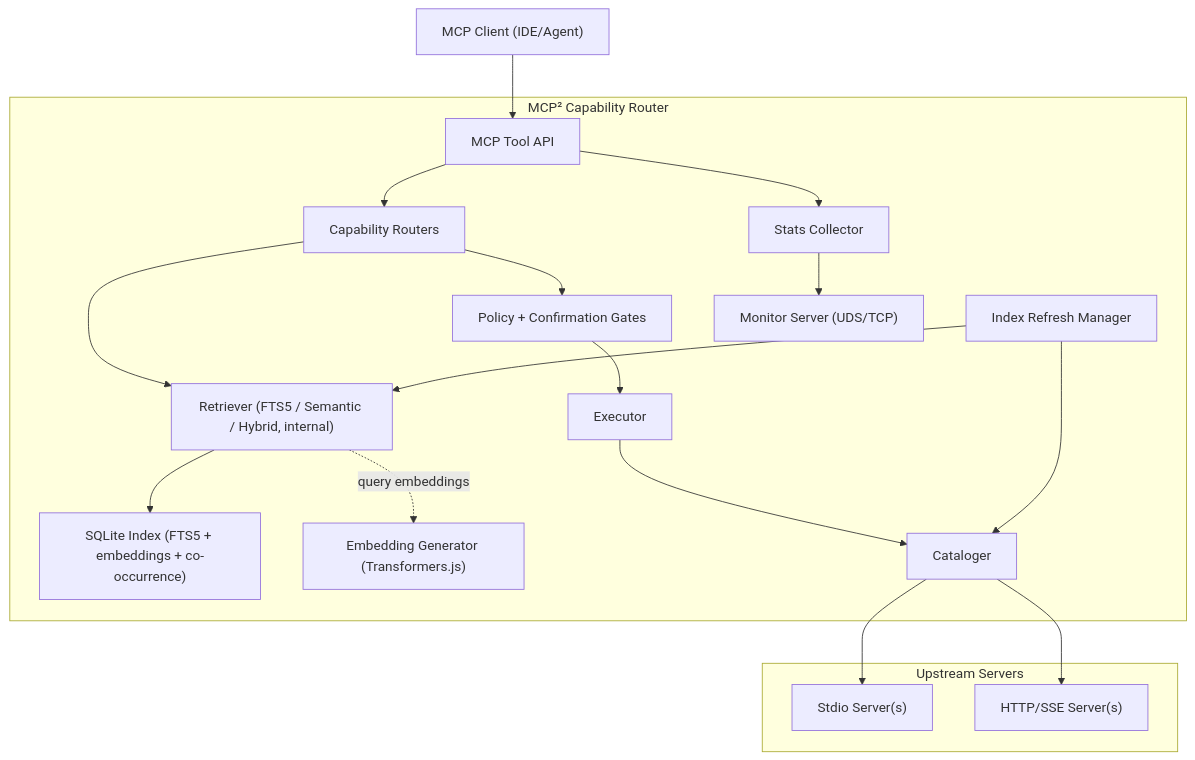
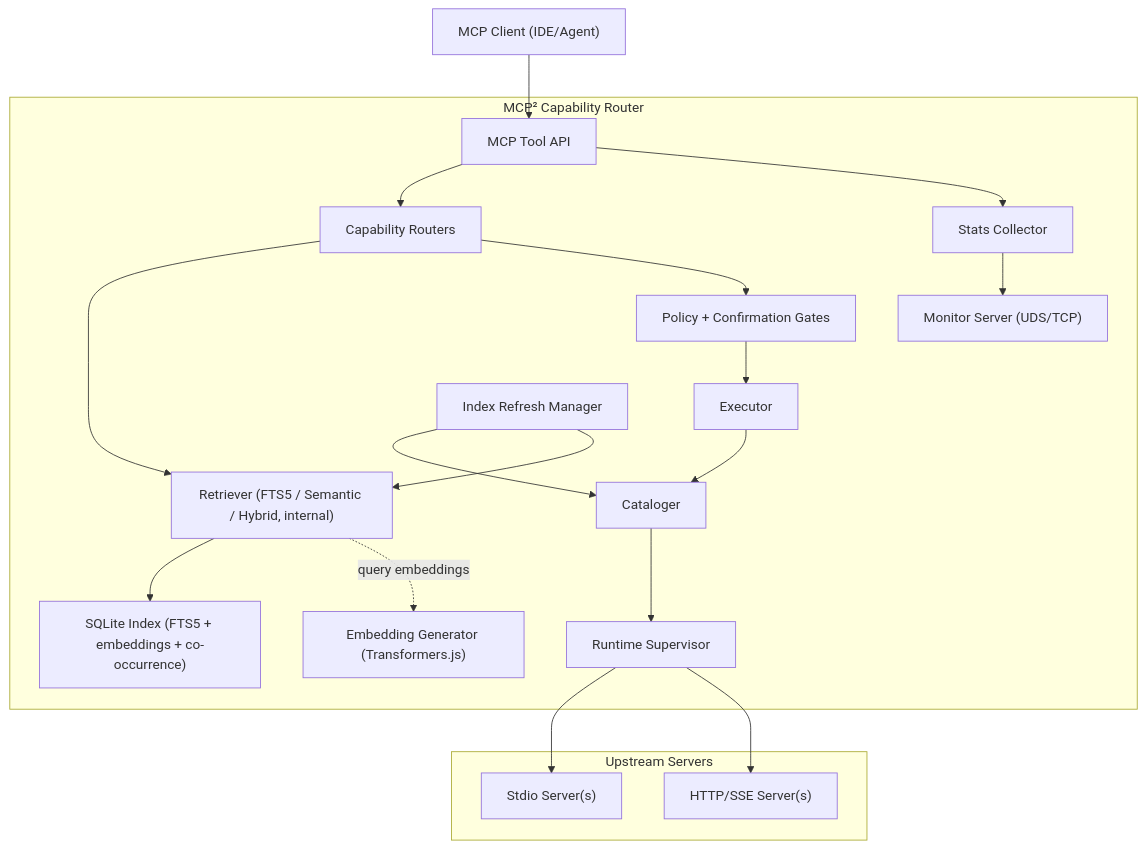
Before and after one commit to aditzel/mcp-squared: the diagram in docs/ARCHITECTURE.md, drawn with Mermaid. The commit also changed other lines of this file and 14 other files, not shown here.

Commit message:
feat: add 0.9 runtime supervisor foundation

````diff
--- a/docs/ARCHITECTURE.md
+++ b/docs/ARCHITECTURE.md
@@ -5,38 +5,40 @@
 ```mermaid
 graph TD
     Client["MCP Client (IDE/Agent)"]
 
     subgraph "MCP² Capability Router"
         API["MCP Tool API"]
         Security["Policy + Confirmation Gates"]
         Router["Capability Routers"]
         Retriever["Retriever (FTS5 / Semantic / Hybrid, internal)"]
         Index["SQLite Index (FTS5 + embeddings + co-occurrence)"]
         Embeddings["Embedding Generator (Transformers.js)"]
         Executor["Executor"]
         Cataloger["Cataloger"]
+        RuntimeSupervisor["Runtime Supervisor"]
         Refresh["Index Refresh Manager"]
         Stats["Stats Collector"]
         Monitor["Monitor Server (UDS/TCP)"]
     end
 
     subgraph "Upstream Servers"
         S1["Stdio Server(s)"]
         S2["HTTP/SSE Server(s)"]
     end
 
     Client --> API
     API --> Router
     Router --> Retriever
     Retriever --> Index
     Retriever -. "query embeddings" .-> Embeddings
     Router --> Security
     Security --> Executor
     Executor --> Cataloger
-    Cataloger --> S1
-    Cataloger --> S2
+    Cataloger --> RuntimeSupervisor
+    RuntimeSupervisor --> S1
+    RuntimeSupervisor --> S2
     Refresh --> Cataloger
     Refresh --> Retriever
     API --> Stats
     Stats --> Monitor
 ```
````
